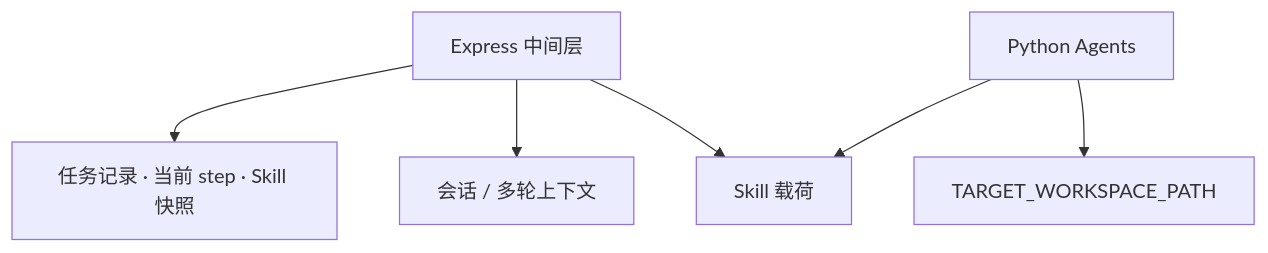
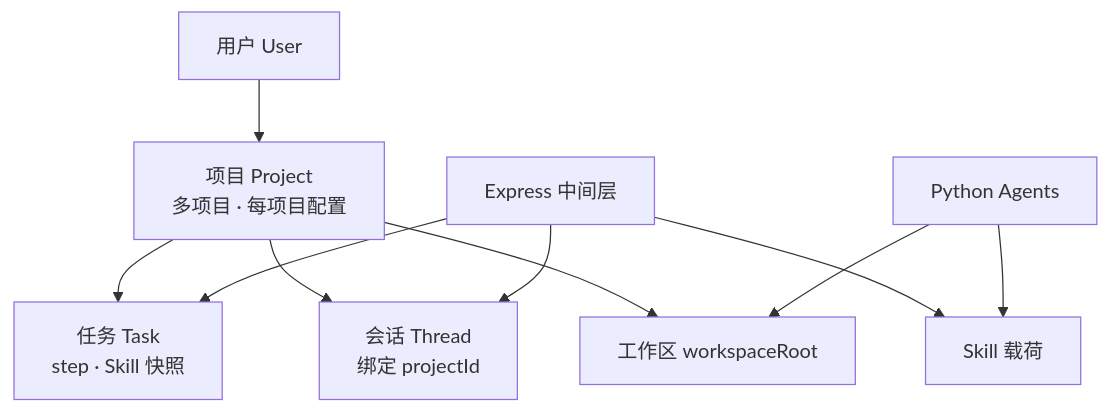
The fifth of 5 diagrams in README.md (panzhanfei/agents-monorepo), drawn with Mermaid before and after one commit. The commit also changed other lines of this file, not shown here.

Commit message:
基本有了大概得 流程 架构图

````diff
--- a/README.md
+++ b/README.md
@@ -203,14 +391,20 @@
 ```mermaid
 flowchart TB
-  TASK["任务记录 · 当前 step · Skill 快照"]
-  SESS["会话 / 多轮上下文"]
+  USER["用户 User"]
+  PROJ["项目 Project<br/>多项目 · 每项目配置"]
+  TASK["任务 Task<br/>step · Skill 快照"]
+  SESS["会话 Thread<br/>绑定 projectId"]
   SK["Skill 载荷"]
-  WS["TARGET_WORKSPACE_PATH"]
+  WS["工作区 workspaceRoot"]
   SRV["Express 中间层"]
   AGT["Python Agents"]
+  USER --> PROJ
+  PROJ --> TASK
+  PROJ --> SESS
+  PROJ --> WS
   SRV --> TASK
   SRV --> SESS
   SRV --> SK
   AGT --> SK
   AGT --> WS
 ```
````
